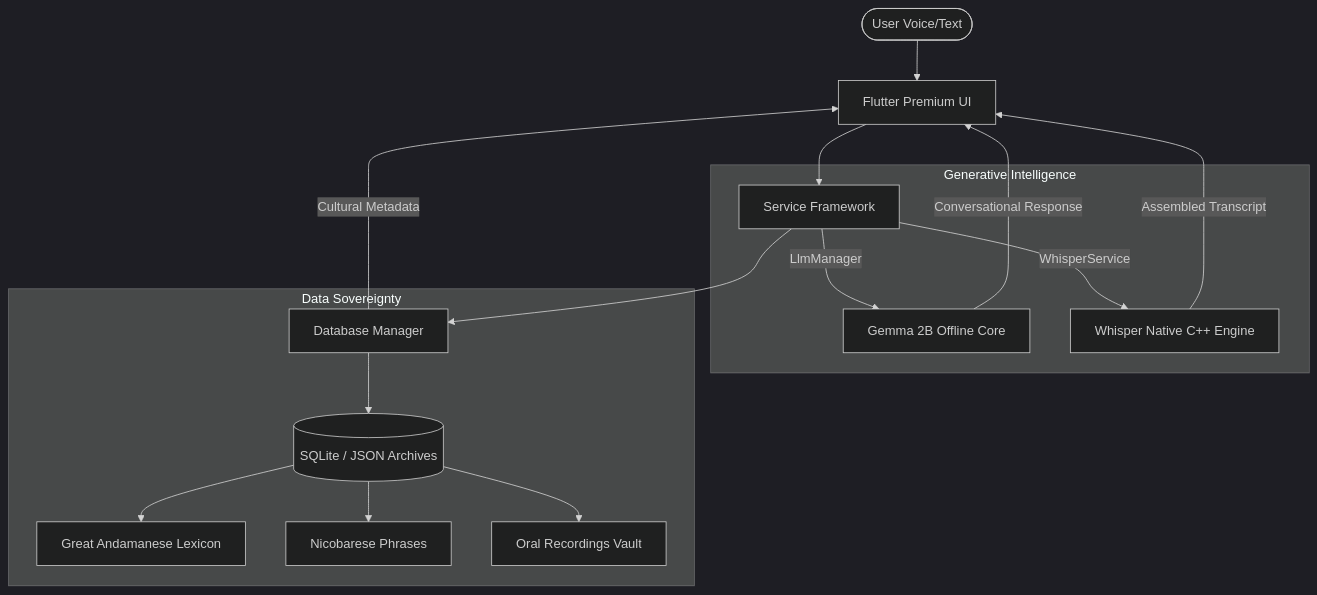
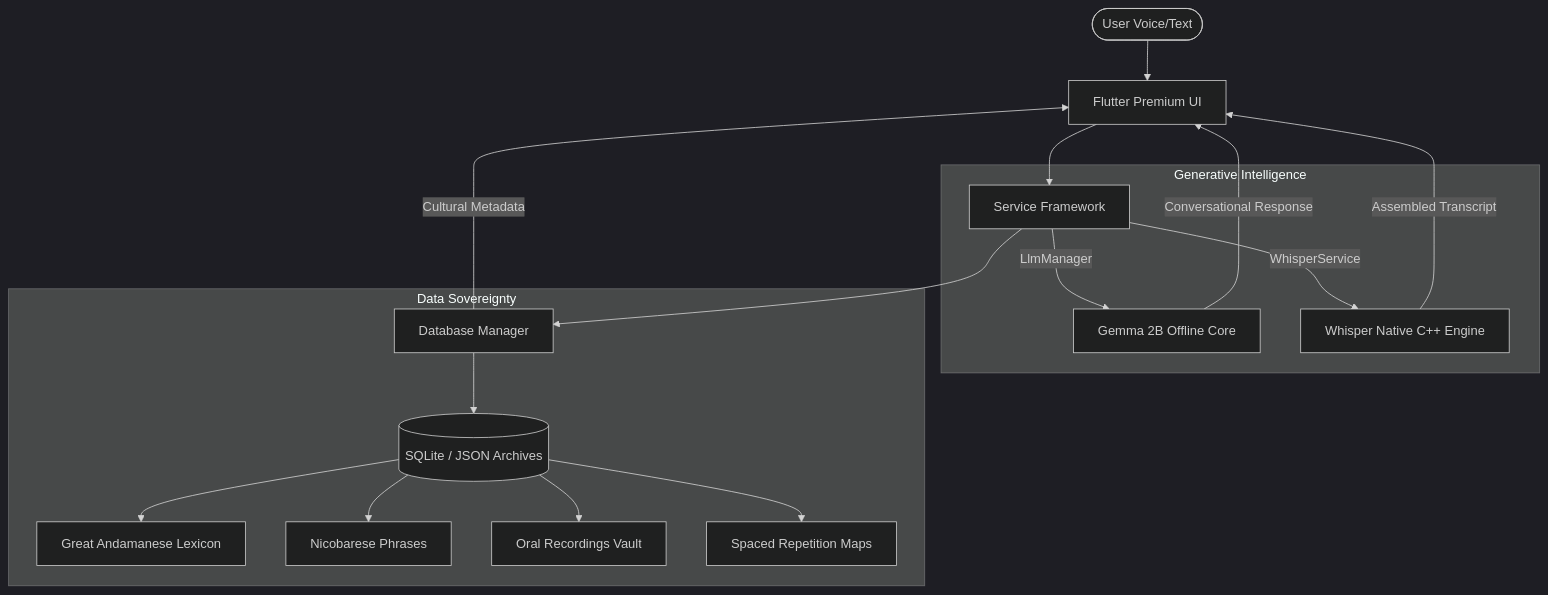
Before and after one commit to sathiyatskrj/Speechmate: the diagram in README.md, drawn with Mermaid (dark theme). The commit also changed other lines of this file, not shown here.

````diff
--- a/README.md
+++ b/README.md
@@ -71,22 +99,23 @@
 ```mermaid
 graph TD
     User([User Voice/Text]) --> UI[Flutter Premium UI]
     UI --> Service[Service Framework]
     
     subgraph "Generative Intelligence"
         Service --> |LlmManager| Gemma[Gemma 2B Offline Core]
         Service --> |WhisperService| Whisper[Whisper Native C++ Engine]
     end
     
     subgraph "Data Sovereignty"
         Service --> DB[Database Manager]
         DB --> SQLite[(SQLite / JSON Archives)]
         SQLite --> D1[Great Andamanese Lexicon]
         SQLite --> D2[Nicobarese Phrases]
         SQLite --> D3[Oral Recordings Vault]
+        SQLite --> D4[Spaced Repetition Maps]
     end
     
     Gemma --> |Conversational Response| UI
     Whisper --> |Assembled Transcript| UI
     DB --> |Cultural Metadata| UI
 ```
````
